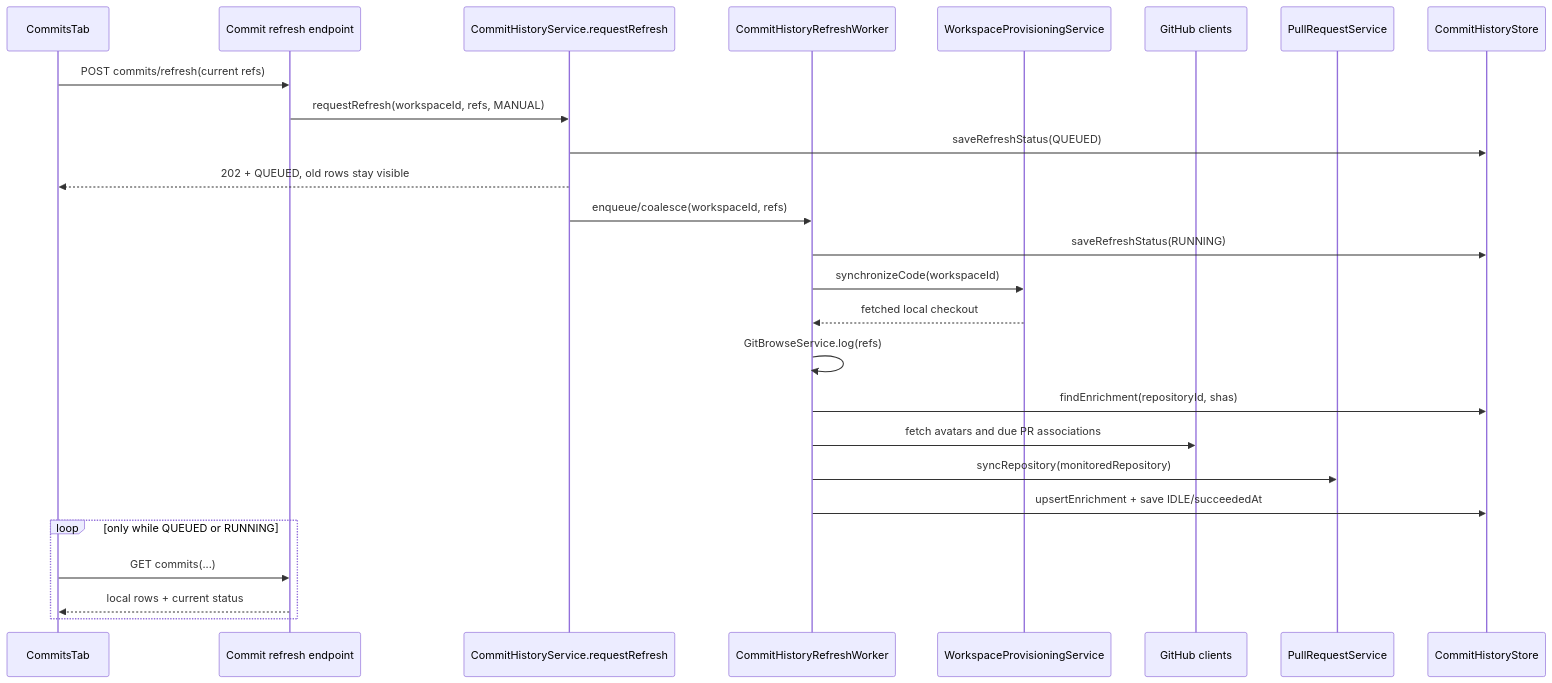
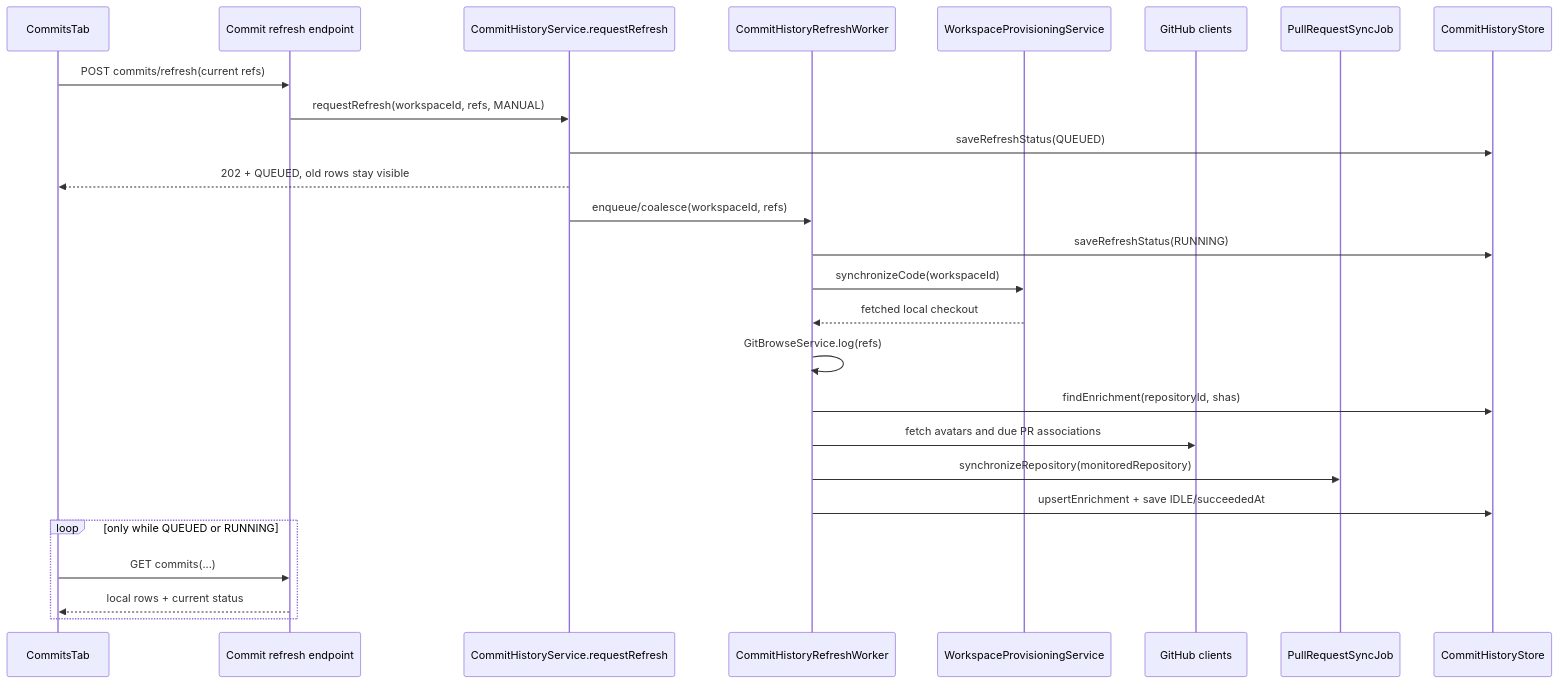
One commit to bytequay/bytequay changed the second of 3 diagrams in docs/design/commits.md. Above: the diagram before and after it, drawn with Mermaid. The commit also changed other lines of this file and 4 other files, not shown here.

````diff
--- a/docs/design/commits.md
+++ b/docs/design/commits.md
@@ -423,29 +426,29 @@
 ```mermaid
 sequenceDiagram
     participant UI as CommitsTab
     participant API as Commit refresh endpoint
     participant Service as CommitHistoryService.requestRefresh
     participant Worker as CommitHistoryRefreshWorker
     participant Git as WorkspaceProvisioningService
     participant GitHub as GitHub clients
-    participant PR as PullRequestService
+    participant PR as PullRequestSyncJob
     participant Store as CommitHistoryStore
 
     UI->>API: POST commits/refresh(current refs)
     API->>Service: requestRefresh(workspaceId, refs, MANUAL)
     Service->>Store: saveRefreshStatus(QUEUED)
     Service-->>UI: 202 + QUEUED, old rows stay visible
     Service->>Worker: enqueue/coalesce(workspaceId, refs)
     Worker->>Store: saveRefreshStatus(RUNNING)
     Worker->>Git: synchronizeCode(workspaceId)
     Git-->>Worker: fetched local checkout
     Worker->>Worker: GitBrowseService.log(refs)
     Worker->>Store: findEnrichment(repositoryId, shas)
     Worker->>GitHub: fetch avatars and due PR associations
-    Worker->>PR: syncRepository(monitoredRepository)
+    Worker->>PR: synchronizeRepository(monitoredRepository)
     Worker->>Store: upsertEnrichment + save IDLE/succeededAt
     loop only while QUEUED or RUNNING
         UI->>API: GET commits(...)
         API-->>UI: local rows + current status
     end
 ```
````
